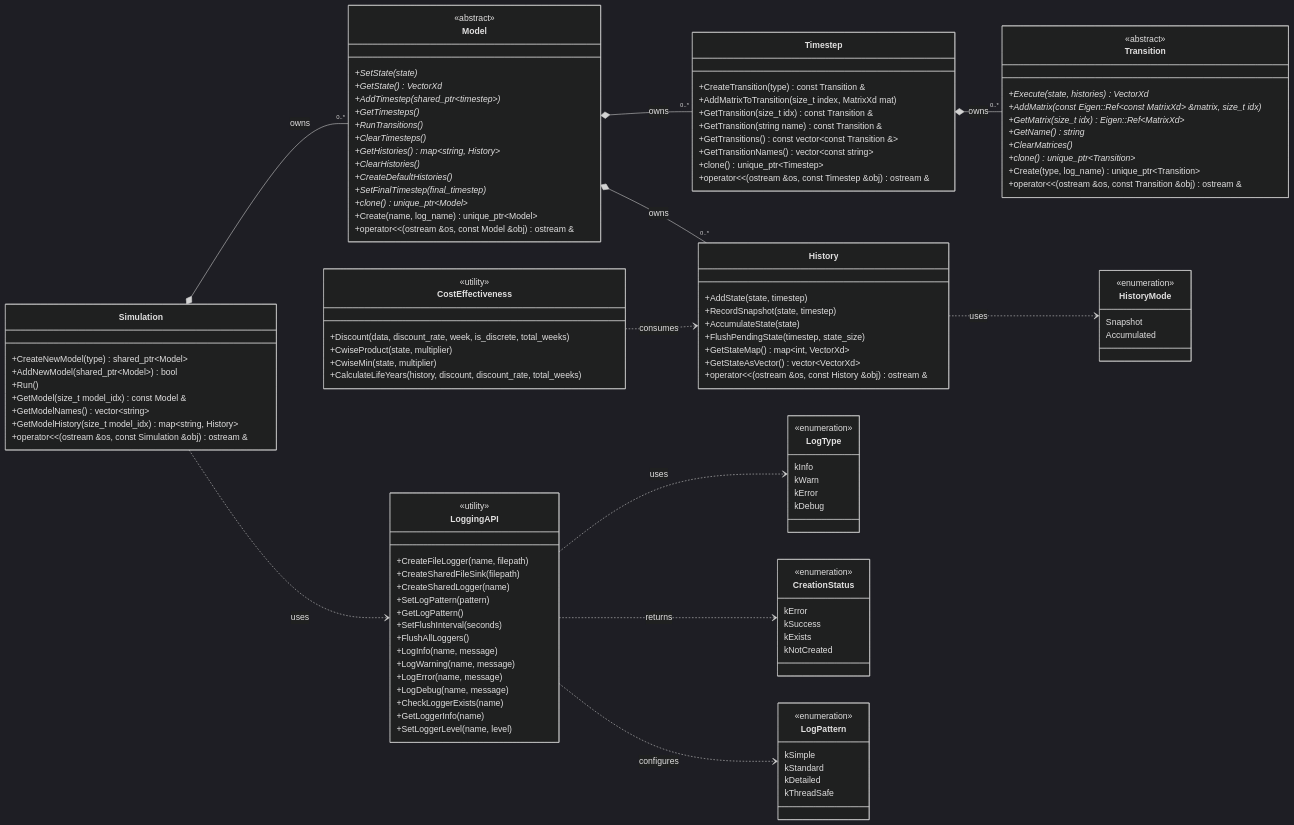
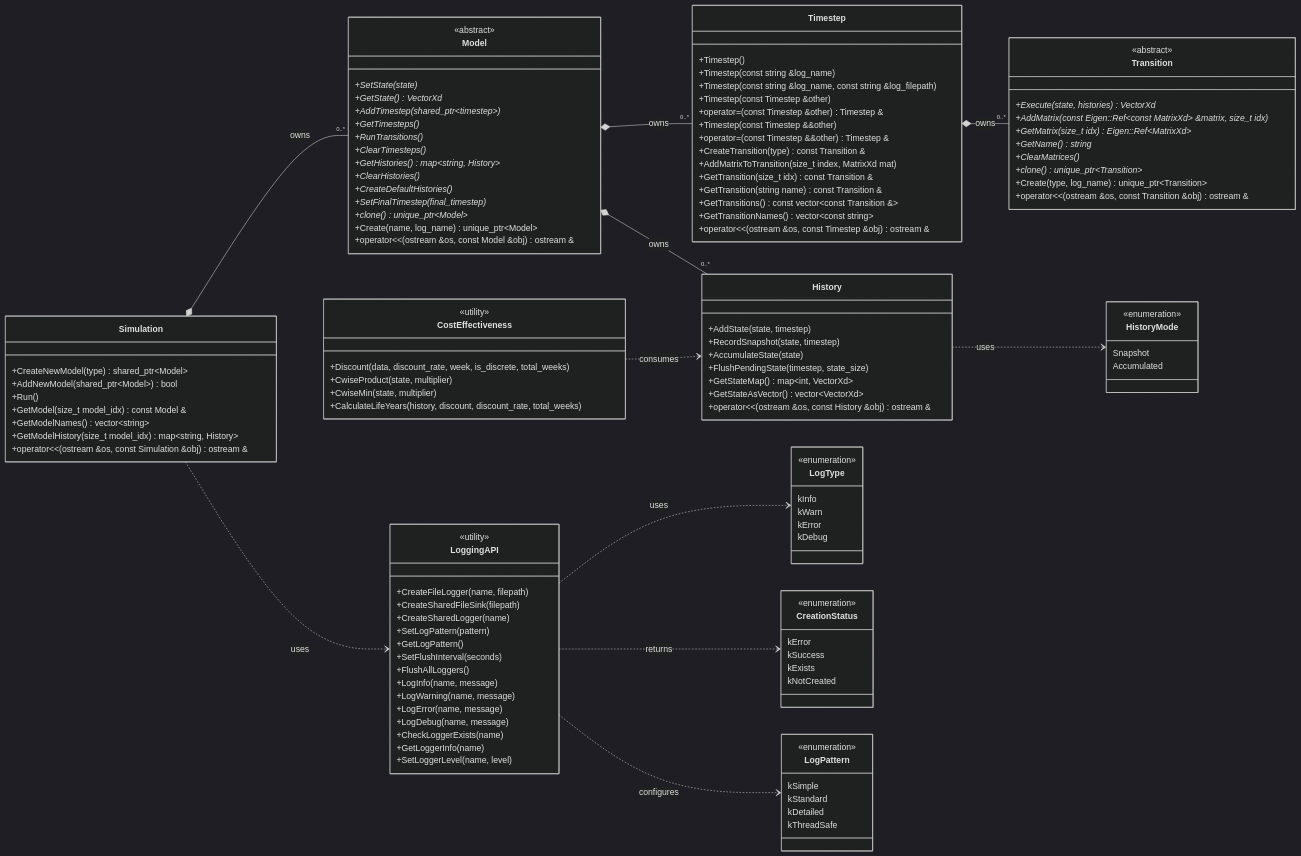
One commit to SyndemicsLab/respond changed the first of 3 diagrams in docs/src/uml.md. Above: the diagram before and after it, drawn with Mermaid (dark theme). The commit also changed other lines of this file and 9 other files, not shown here.

Commit message:
Updating timestep interface to match UML and missing parts of UML

```diff
--- a/docs/src/uml.md
+++ b/docs/src/uml.md
@@ -40,13 +40,19 @@
     }
 
     class Timestep {
+        +Timestep()
+        +Timestep(const string &log_name)
+        +Timestep(const string &log_name, const string &log_filepath)
+        +Timestep(const Timestep &other)
+        +operator=(const Timestep &other) Timestep &
+        +Timestep(const Timestep &&other)
+        +operator=(const Timestep &&other) Timestep &
         +CreateTransition(type) const Transition &
         +AddMatrixToTransition(size_t index, MatrixXd mat)
         +GetTransition(size_t idx) const Transition &
         +GetTransition(string name) const Transition &
         +GetTransitions() const vector~const Transition &~
         +GetTransitionNames() vector~const string~
-        +clone() unique_ptr~Timestep~
         +operator<<(ostream &os, const Timestep &obj) ostream &
     }
 
```
